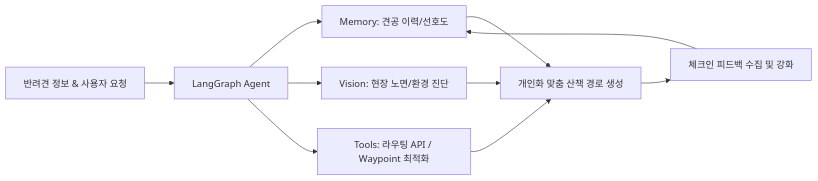
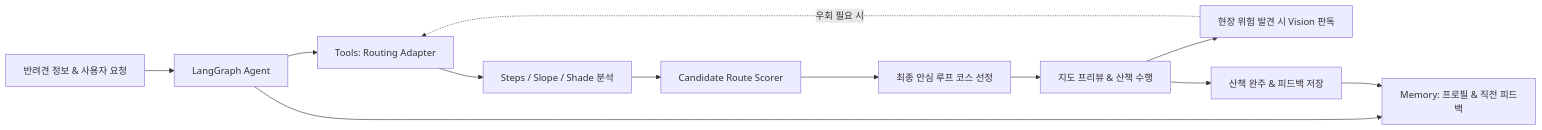
Before and after one commit to gigantess/PawTrail: the diagram in docs/02_PawTrail_Team_building.md, drawn with Mermaid. The commit also changed other lines of this file and 7 other files, not shown here.

````diff
--- a/docs/02_PawTrail_Team_building.md
+++ b/docs/02_PawTrail_Team_building.md
@@ -66,12 +80,14 @@
 ```mermaid
 flowchart LR
     A[반려견 정보 & 사용자 요청] --> B[LangGraph Agent]
-    B --> C[Memory: 견공 이력/선호도]
-    B --> D[Vision: 현장 노면/환경 진단]
-    B --> E[Tools: 라우팅 API / Waypoint 최적화]
-    C --> F[개인화 맞춤 산책 경로 생성]
-    D --> F
-    E --> F
-    F --> G[체크인 피드백 수집 및 강화]
-    G --> C
+    B --> C[Memory: 프로필 & 직전 피드백]
+    B --> D[Tools: Routing Adapter]
+    D --> E[Steps / Slope / Shade 분석]
+    E --> F[Candidate Route Scorer]
+    F --> G[최종 안심 루프 코스 선정]
+    G --> H[지도 프리뷰 & 산책 수행]
+    H --> I[현장 위험 발견 시 Vision 판독]
+    I -.->|우회 필요 시| D
+    H --> J[산책 완주 & 피드백 저장]
+    J --> C
 ```
````
